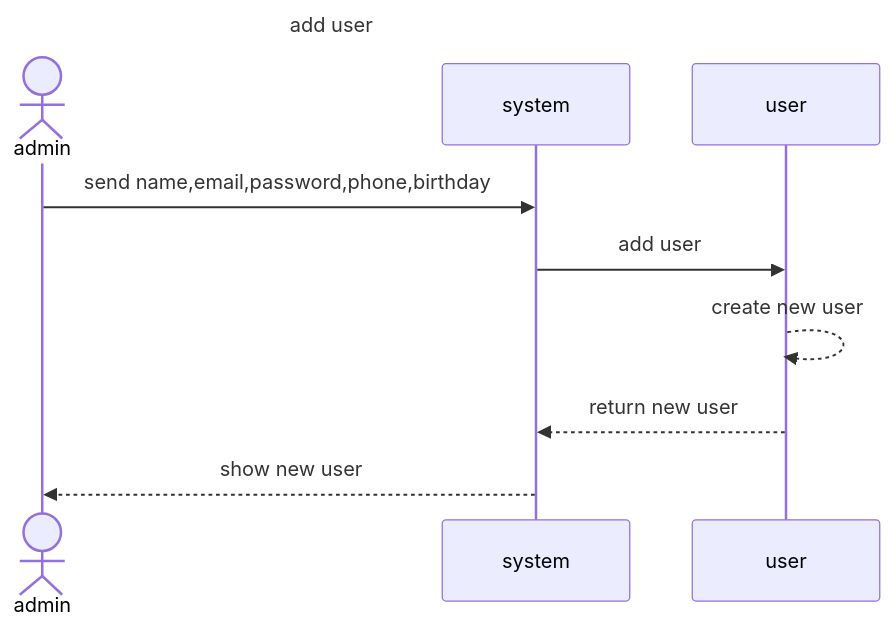
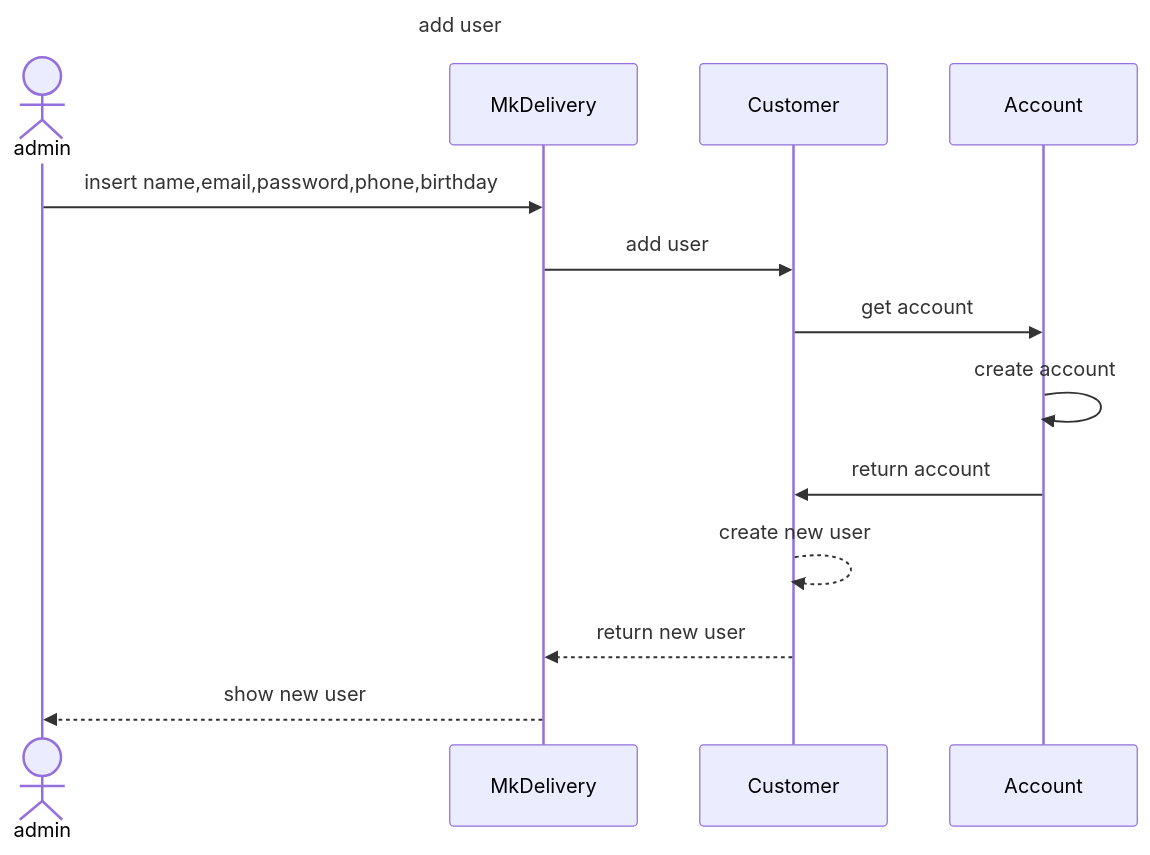
Before and after one commit to MxMhx/OOP_Project_MK_website: the diagram in sequence_diag/admin/add user.mmd, drawn with Mermaid. The commit also changed 1 other file, not shown here.

Commit message:
fix sq add user by admin

```diff
--- a/sequence_diag/admin/add user.mmd
+++ b/sequence_diag/admin/add user.mmd
@@ -1,10 +1,14 @@
 sequenceDiagram
     title add user
     actor admin
-    participant system
-    participant user
-    admin ->> system: send name,email,password,phone,birthday
-    system ->> user:add user
-    user -->> user : create new user
-    user -->> system: return new user
-    system -->> admin: show new user
+    participant MkDelivery
+    participant Customer
+    participant Account
+    admin ->> MkDelivery: insert name,email,password,phone,birthday
+    MkDelivery ->> Customer:add user
+    Customer ->> Account: get account
+    Account ->> Account : create account 
+    Account ->> Customer : return account 
+    Customer -->> Customer : create new user
+    Customer -->> MkDelivery: return new user
+    MkDelivery -->> admin: show new user
```
